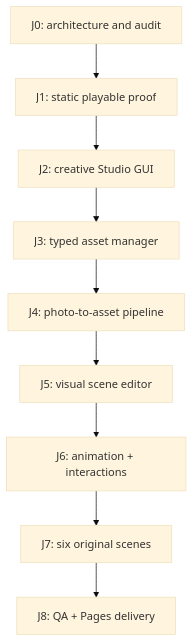
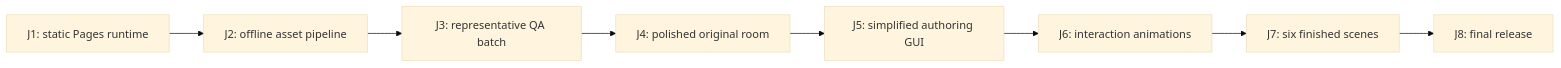
One commit to yassinebkr/lba-custom-portfolio changed the first of 2 diagrams in docs/MILESTONES.md. Above: the diagram before and after it, drawn with Mermaid (base theme). The commit also changed other lines of this file and 2 other files, not shown here.

Commit message:
docs(J1-J3): clarify asset-first roadmap, reproducible commands and visual quality gates

````diff
--- a/docs/MILESTONES.md
+++ b/docs/MILESTONES.md
@@ -16,11 +9,10 @@
-```mermaid
-flowchart TB
-J0["J0: architecture and audit"] --> J1["J1: static playable proof"]
-    J1 --> J2["J2: creative Studio GUI"]
-    J2 --> J3["J3: typed asset manager"]
-    J3 --> J4["J4: photo-to-asset pipeline"]
-    J4 --> J5["J5: visual scene editor"]
-    J5 --> J6["J6: animation + interactions"]
-    J6 --> J7["J7: six original scenes"]
-    J7 --> J8["J8: QA + Pages delivery"]
-```
+~~~mermaid
+flowchart LR
+  J1["J1: static Pages runtime"] --> J2["J2: offline asset pipeline"]
+  J2 --> J3["J3: representative QA batch"]
+  J3 --> J4["J4: polished original room"]
+  J4 --> J5["J5: simplified authoring GUI"]
+  J5 --> J6["J6: interaction animations"]
+  J6 --> J7["J7: six finished scenes"]
+  J7 --> J8["J8: final release"]
+~~~
````
